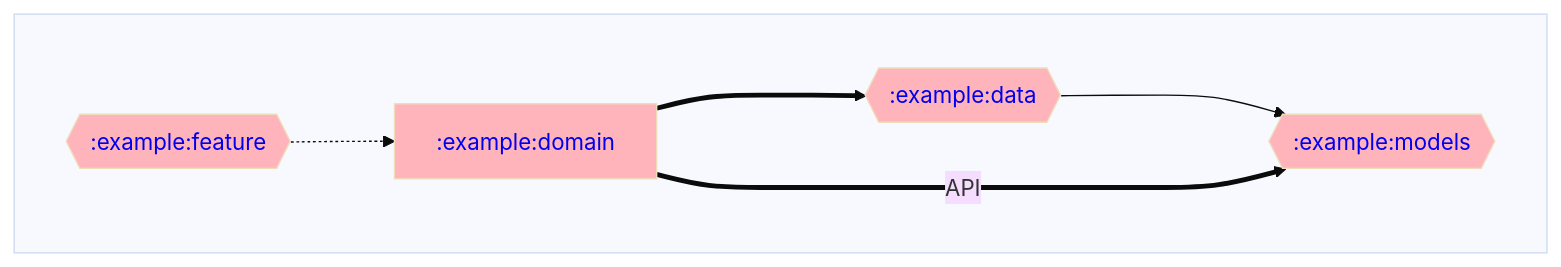
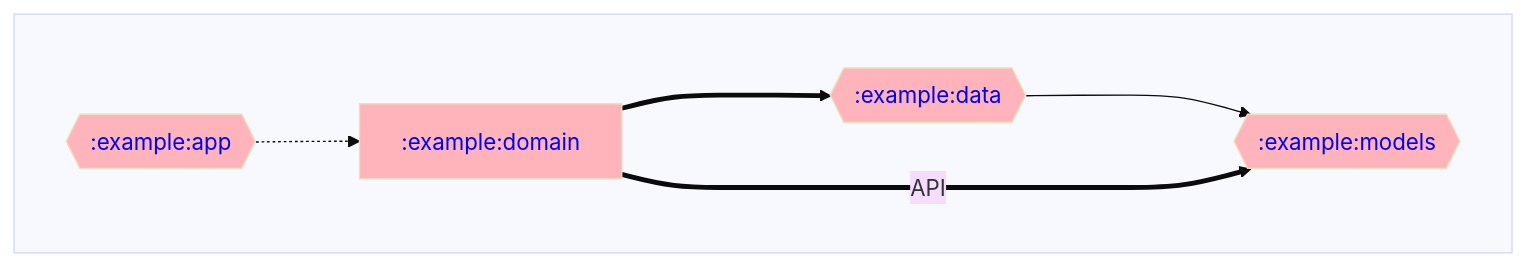
One commit to adityabhaskar/Gradle-dependency-graphs changed the diagram in example/domain/dependencyGraph.md. Above: the diagram before and after it, drawn with Mermaid. The commit also changed 14 other files, not shown here.

Commit message:
Generate graphs for the new heirarchy

````diff
--- a/example/domain/dependencyGraph.md
+++ b/example/domain/dependencyGraph.md
@@ -1,27 +1,27 @@
 ```mermaid
 %%{ init: { 'theme': 'base' } }%%
 graph LR;
 
 %% Styling for module nodes by type
 classDef rootNode stroke-width:4px;
 classDef mppNode fill:#ffd2b3,color:#333333;
 classDef andNode fill:#baffc9,color:#333333;
 classDef javaNode fill:#ffb3ba,color:#333333;
 
 %% Modules
 subgraph  
   direction LR;
+  :example:app{{<a href='https://github.com/adityabhaskar/Gradle-dependency-graphs/blob/main/example/app/dependencyGraph.md' style='text-decoration:auto'>:example:app</a>}}:::javaNode;
   :example:data{{<a href='https://github.com/adityabhaskar/Gradle-dependency-graphs/blob/main/example/data/dependencyGraph.md' style='text-decoration:auto'>:example:data</a>}}:::javaNode;
   :example:domain[<a href='https://github.com/adityabhaskar/Gradle-dependency-graphs/blob/main/example/domain/dependencyGraph.md' style='text-decoration:auto'>:example:domain</a>]:::javaNode;
-  :example:feature{{<a href='https://github.com/adityabhaskar/Gradle-dependency-graphs/blob/main/example/feature/dependencyGraph.md' style='text-decoration:auto'>:example:feature</a>}}:::javaNode;
   :example:models{{<a href='https://github.com/adityabhaskar/Gradle-dependency-graphs/blob/main/example/models/dependencyGraph.md' style='text-decoration:auto'>:example:models</a>}}:::javaNode;
 end
 
 %% Dependencies
 :example:data--->:example:models
 :example:domain==API===>:example:models
 :example:domain===>:example:data
 
 %% Dependents
-:example:feature-.->:example:domain
+:example:app-.->:example:domain
 ```
````
